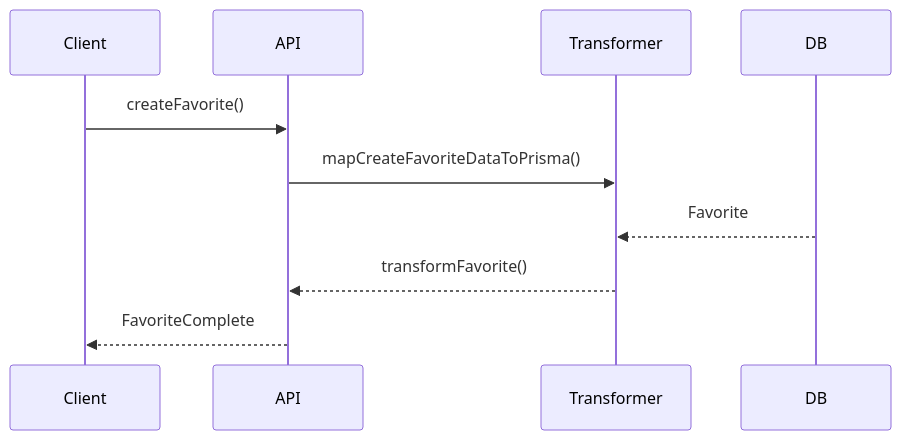
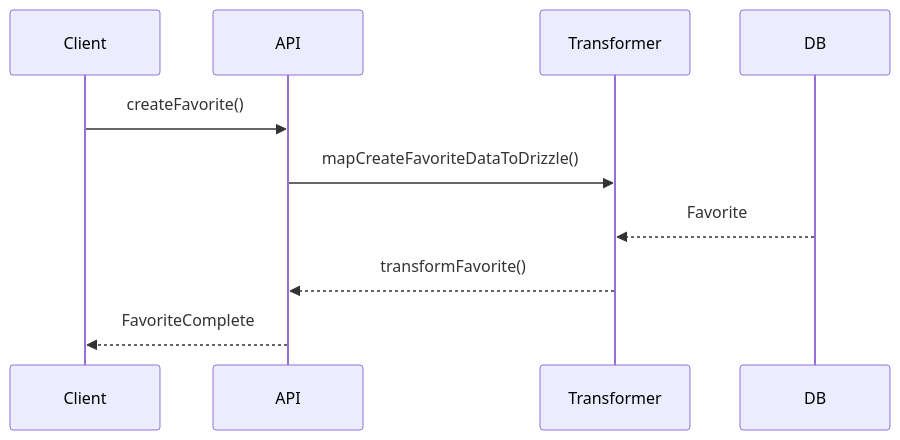
One commit to gvastethecreator/media-manager changed the second of 2 diagrams in src/types/entities/favorite/documentation.md. Above: the diagram before and after it, drawn with Mermaid. The commit also changed 185 other files, not shown here.

````diff
--- a/src/types/entities/favorite/documentation.md
+++ b/src/types/entities/favorite/documentation.md
@@ -48,13 +48,13 @@
 ```mermaid
 sequenceDiagram
     participant Client
     participant API
     participant Transformer
     participant DB
     Client->>API: createFavorite()
-    API->>Transformer: mapCreateFavoriteDataToPrisma()
+    API->>Transformer: mapCreateFavoriteDataToDrizzle()
     
     DB-->>Transformer: Favorite
     Transformer-->>API: transformFavorite()
     API-->>Client: FavoriteComplete
 ```
````
